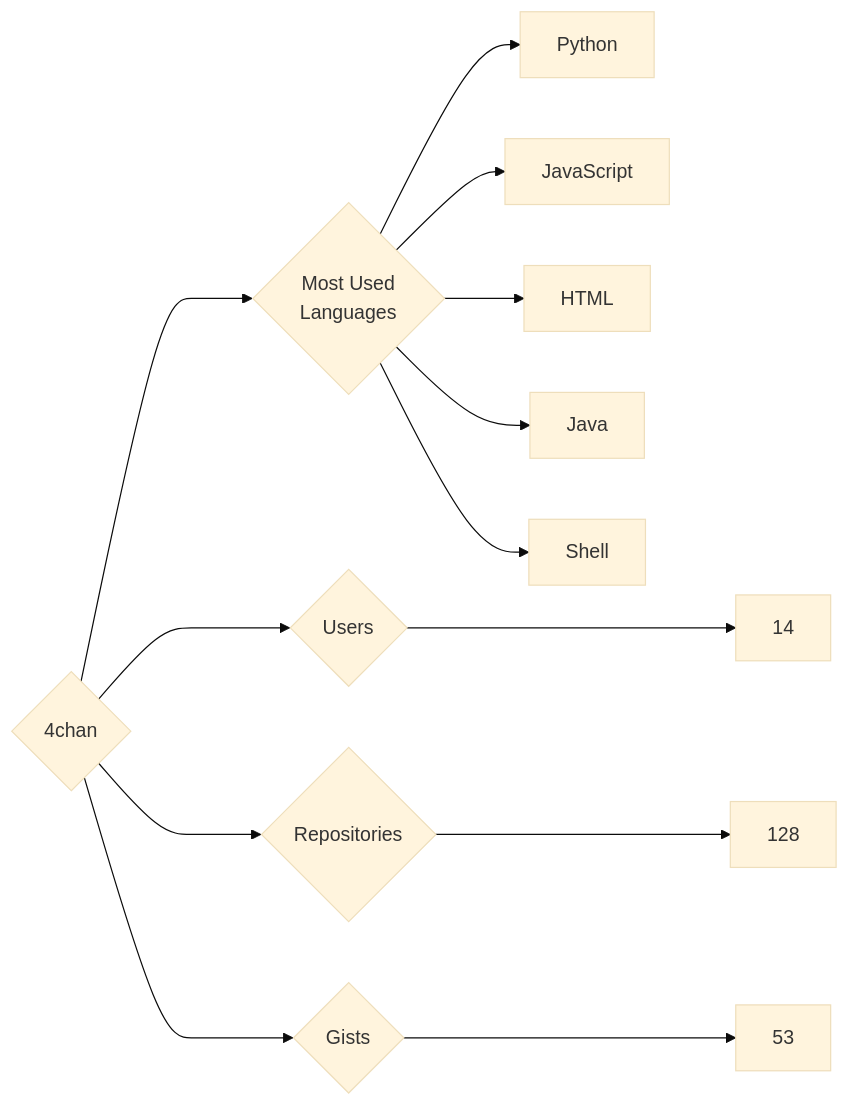
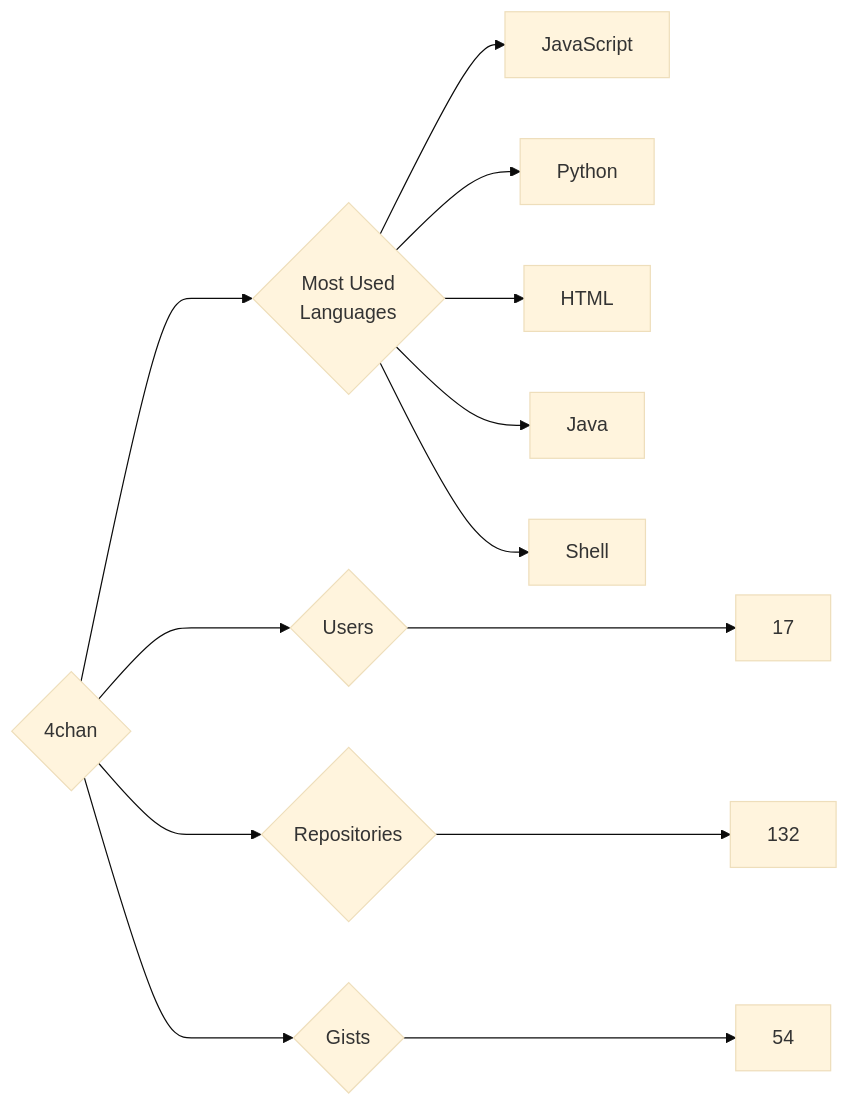
One commit to nenadzaric/insiders changed the diagram in targets/4chan/README.md. Above: the diagram before and after it, drawn with Mermaid (base theme). The commit also changed 28 other files, not shown here.

````diff
--- a/targets/4chan/README.md
+++ b/targets/4chan/README.md
@@ -3,13 +3,13 @@
 ```mermaid
 graph LR
 COMPANY_NAME{4chan}
-COMPANY_NAME ---> U{Users} ---> UN[14]
-COMPANY_NAME ---> R{Repositories} ---> RN[128]
-COMPANY_NAME ---> G{Gists} ---> GN[53]
+COMPANY_NAME ---> U{Users} ---> UN[17]
+COMPANY_NAME ---> R{Repositories} ---> RN[132]
+COMPANY_NAME ---> G{Gists} ---> GN[54]
 COMPANY_NAME ---> ML{Most Used<br>Languages}
+ML --> JavaScript[JavaScript]
 ML --> Python[Python]
-ML --> JavaScript[JavaScript]
 ML --> HTML[HTML]
 ML --> Java[Java]
 ML --> Shell[Shell]
 ```
````
